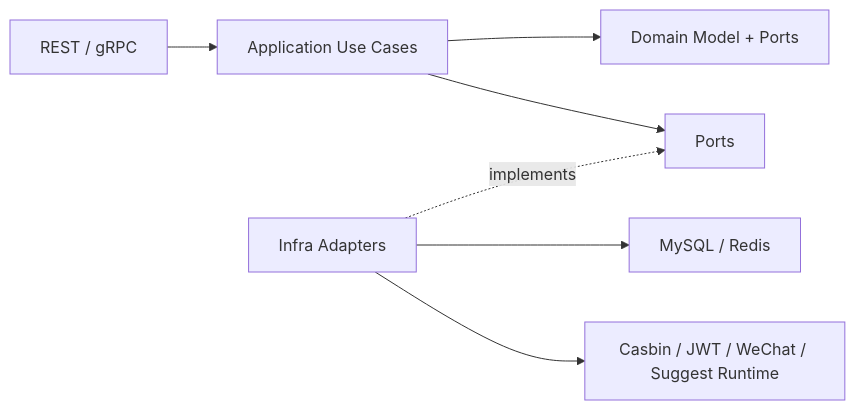
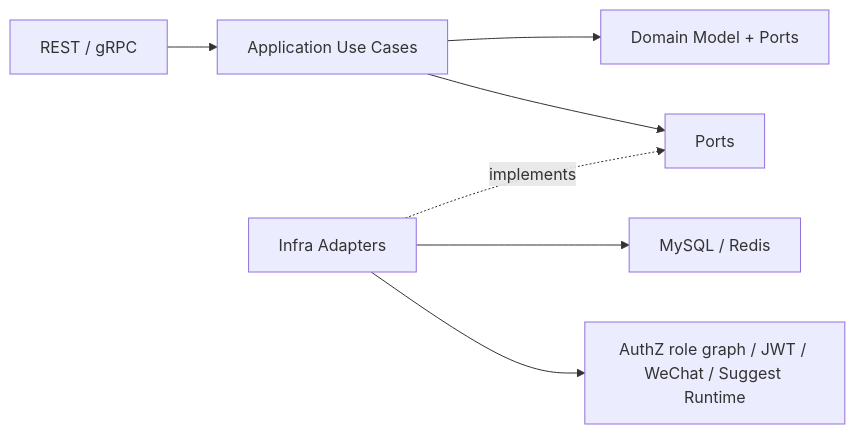
The second of 2 diagrams in docs/00-概览/05-架构风格与设计原则.md (FangcunMount/iam), drawn with Mermaid before and after one commit. The commit also changed other lines of this file and 17 other files, not shown here.

````diff
--- a/docs/00-概览/05-架构风格与设计原则.md
+++ b/docs/00-概览/05-架构风格与设计原则.md
@@ -356,9 +356,9 @@
 ```mermaid
 flowchart LR
     Transport["REST / gRPC"] --> App["Application Use Cases"]
     App --> Domain["Domain Model + Ports"]
     App --> Ports["Ports"]
     Infra["Infra Adapters"] -.implements.-> Ports
     Infra --> DB["MySQL / Redis"]
-    Infra --> External["Casbin / JWT / WeChat / Suggest Runtime"]
+    Infra --> External["AuthZ role graph / JWT / WeChat / Suggest Runtime"]
 ```
````
